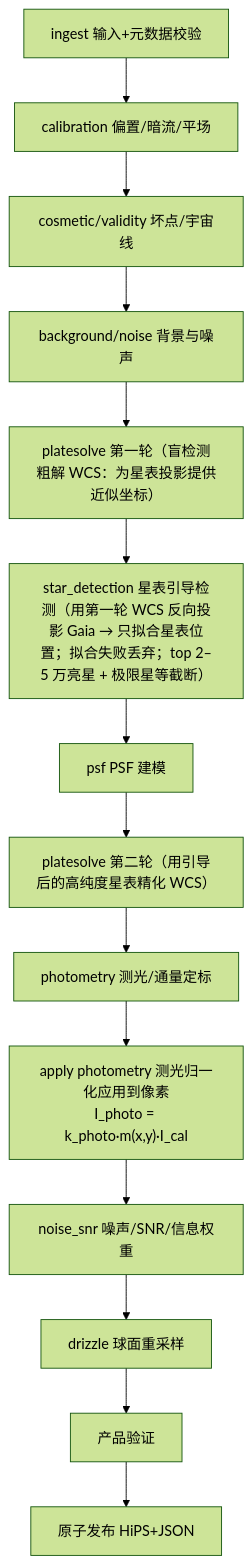
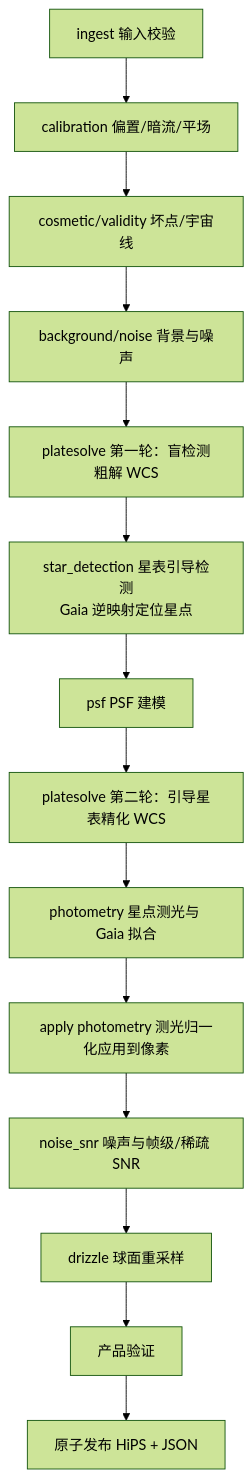
Before and after one commit to fujiaze/Astro-CS-Database: the fourth of 11 diagrams in ASTROCS_DESIGN.md, drawn with Mermaid (forest theme). The commit also changed other lines of this file and 4 other files, not shown here.

````diff
--- a/ASTROCS_DESIGN.md
+++ b/ASTROCS_DESIGN.md
@@ -139,16 +170,16 @@
 ```mermaid
 flowchart TD
-    I["ingest 输入+元数据校验"] --> C["calibration 偏置/暗流/平场"]
+    I["ingest 输入校验"] --> C["calibration 偏置/暗流/平场"]
     C --> CS["cosmetic/validity 坏点/宇宙线"]
     CS --> BN["background/noise 背景与噪声"]
-    BN --> A0["platesolve 第一轮（盲检测粗解 WCS：为星表投影提供近似坐标）"]
-    A0 --> D["star_detection 星表引导检测（用第一轮 WCS 反向投影 Gaia → 只拟合星表位置；拟合失败丢弃；top 2–5 万亮星 + 极限星等截断）"]
+    BN --> A0["platesolve 第一轮：盲检测粗解 WCS"]
+    A0 --> D["star_detection 星表引导检测<br/>Gaia 逆映射定位星点"]
     D --> P["psf PSF 建模"]
-    P --> A["platesolve 第二轮（用引导后的高纯度星表精化 WCS）"]
-    A --> PH["photometry 测光/通量定标"]
-    PH --> AP["apply photometry 测光归一化应用到像素<br/>I_photo = k_photo·m(x,y)·I_cal"]
-    AP --> S["noise_snr 噪声/SNR/信息权重"]
+    P --> A["platesolve 第二轮：引导星表精化 WCS"]
+    A --> PH["photometry 星点测光与 Gaia 拟合"]
+    PH --> AP["apply photometry 测光归一化应用到像素"]
+    AP --> S["noise_snr 噪声与帧级/稀疏 SNR"]
     S --> R["drizzle 球面重采样"]
     R --> V["产品验证"]
-    V --> O["原子发布 HiPS+JSON"]
+    V --> O["原子发布 HiPS + JSON"]
 ```
````
